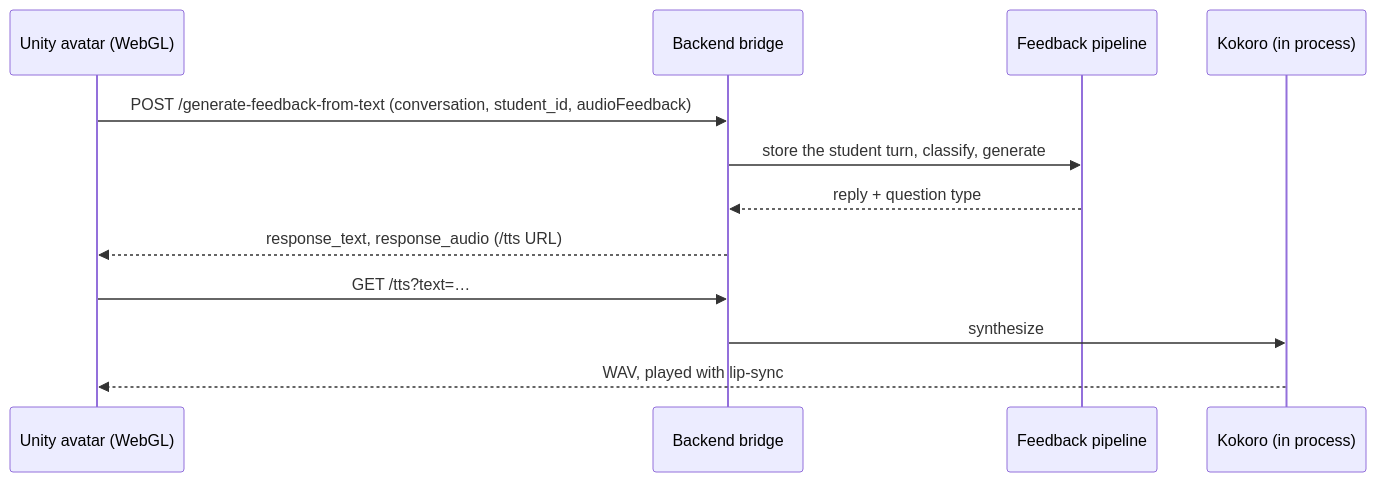
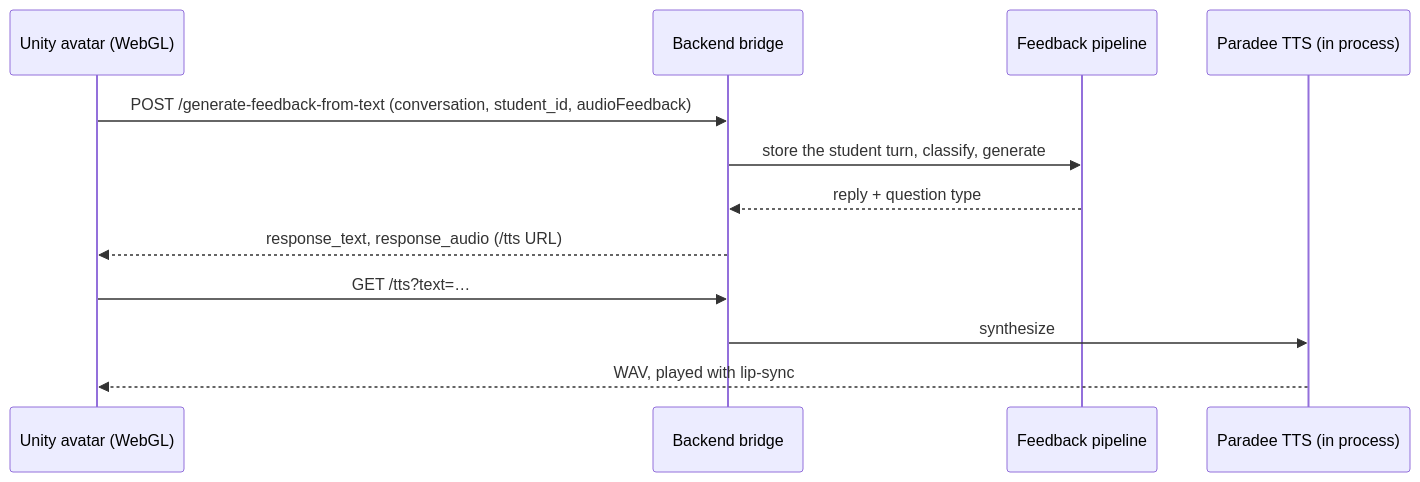
One commit to InviteInstitute/vex-pedagogical-agent changed the diagram in docs/guides/unity-avatar.md. Above: the diagram before and after it, drawn with Mermaid. The commit also changed other lines of this file and 16 other files, not shown here.

First line of the commit message:
Speak with Paradee-8M instead of Kokoro-82M (#2)

````diff
--- a/docs/guides/unity-avatar.md
+++ b/docs/guides/unity-avatar.md
@@ -12,14 +12,14 @@
 ```mermaid
 sequenceDiagram
     participant U as Unity avatar (WebGL)
     participant B as Backend bridge
     participant P as Feedback pipeline
-    participant K as Kokoro (in process)
+    participant K as Paradee TTS (in process)
     U->>B: POST /generate-feedback-from-text (conversation, student_id, audioFeedback)
     B->>P: store the student turn, classify, generate
     P-->>B: reply + question type
     B-->>U: response_text, response_audio (/tts URL)
     U->>B: GET /tts?text=…
     B->>K: synthesize
     K-->>U: WAV, played with lip-sync
 ```
````
